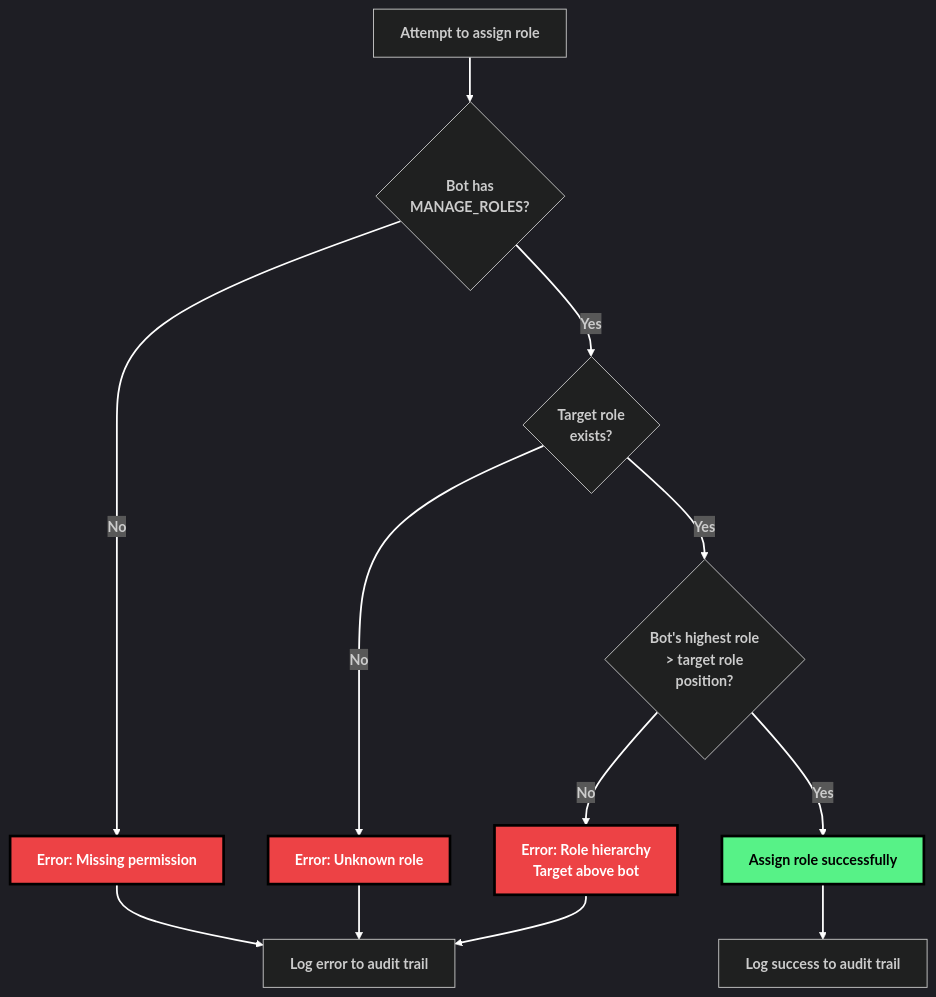
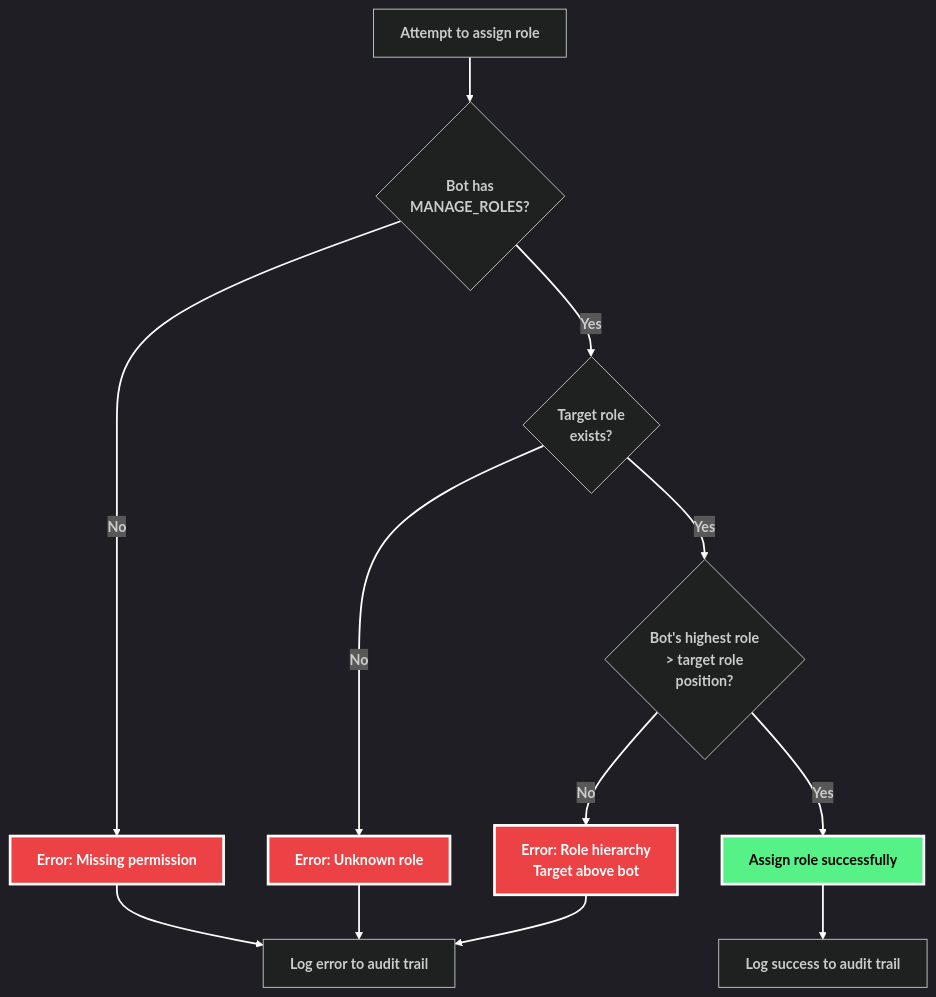
The eighth of 8 diagrams in docs/roadmap/ROLE_AUTOMATION_PLAN.md (watchthelight/pawtech-v2), drawn with Mermaid before and after one commit. The commit also changed other lines of this file, not shown here.

````diff
--- a/docs/roadmap/ROLE_AUTOMATION_PLAN.md
+++ b/docs/roadmap/ROLE_AUTOMATION_PLAN.md
@@ -814,23 +814,23 @@
 ```mermaid
 %%{init: {'theme':'dark', 'themeVariables': { 'fontSize':'16px'}}}%%
 flowchart TD
     A["<b>Attempt to assign role</b>"] --> B{"<b>Bot has<br/>MANAGE_ROLES?</b>"}
     B -->|"<b>No</b>"| C["<b>Error: Missing permission</b>"]
     B -->|"<b>Yes</b>"| D{"<b>Target role<br/>exists?</b>"}
     D -->|"<b>No</b>"| E["<b>Error: Unknown role</b>"]
     D -->|"<b>Yes</b>"| F{"<b>Bot's highest role<br/>> target role<br/>position?</b>"}
     F -->|"<b>No</b>"| G["<b>Error: Role hierarchy<br/>Target above bot</b>"]
     F -->|"<b>Yes</b>"| H["<b>Assign role successfully</b>"]
 
     C --> I["<b>Log error to audit trail</b>"]
     E --> I
     G --> I
     H --> J["<b>Log success to audit trail</b>"]
 
-    style C fill:#ED4245,stroke:#000,stroke-width:3px,color:#fff
-    style E fill:#ED4245,stroke:#000,stroke-width:3px,color:#fff
-    style G fill:#ED4245,stroke:#000,stroke-width:3px,color:#fff
-    style H fill:#57F287,stroke:#000,stroke-width:3px,color:#000
+    style C fill:#ED4245,stroke:#fff,stroke-width:3px,color:#fff
+    style E fill:#ED4245,stroke:#fff,stroke-width:3px,color:#fff
+    style G fill:#ED4245,stroke:#fff,stroke-width:3px,color:#fff
+    style H fill:#57F287,stroke:#fff,stroke-width:3px,color:#000
 
     linkStyle default stroke:#fff,stroke-width:2px
 ```
````
